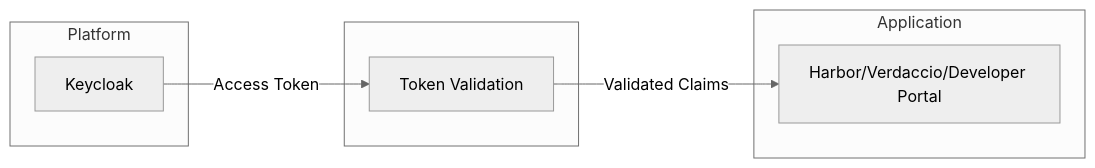
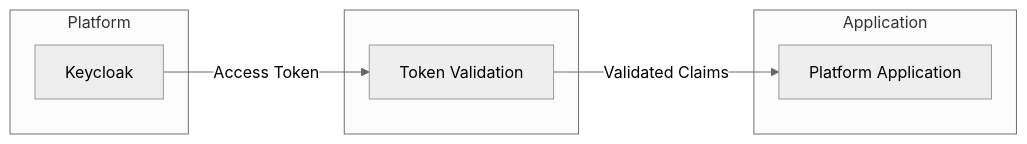
Before and after one commit to ProficientnowTech/pn-platform: the fourth of 9 diagrams in docs/platform/rfcs/iam/03-architecture.md, drawn with Mermaid (neutral theme). The commit also changed other lines of this file and 16 other files, not shown here.

````diff
--- a/docs/platform/rfcs/iam/03-architecture.md
+++ b/docs/platform/rfcs/iam/03-architecture.md
@@ -232,17 +229,17 @@
 ```mermaid
 flowchart LR
     subgraph Platform
         KC[Keycloak]
     end
 
     subgraph Boundary2[" "]
         V2[Token Validation]
     end
 
     subgraph Application
-        APP[Harbor/Verdaccio/Developer Portal]
+        APP[Platform Application]
     end
 
     KC -->|Access Token| V2
     V2 -->|Validated Claims| APP
 ```
````
